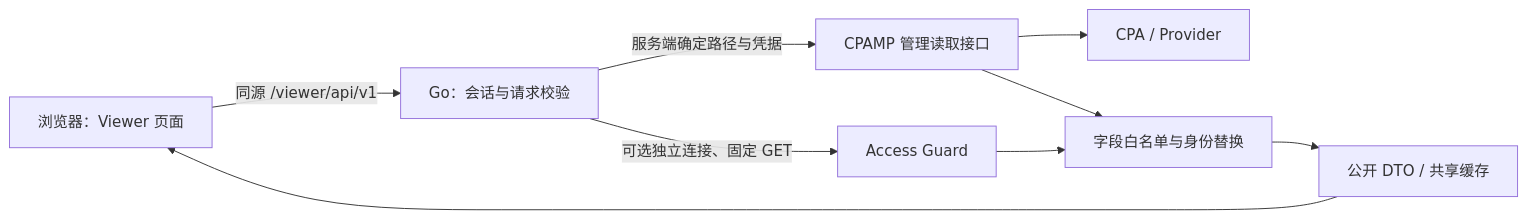
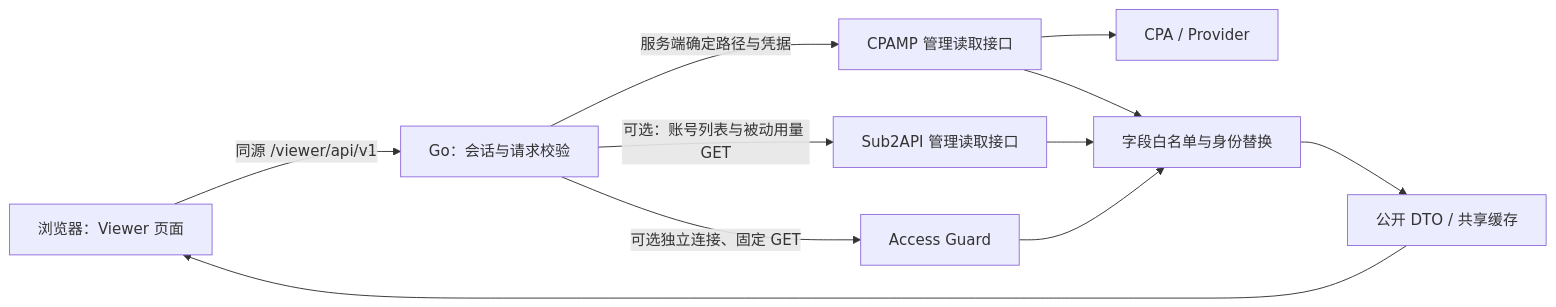
One commit to HuaGCS/cpamp-viewer changed the diagram in docs/ARCHITECTURE.md. Above: the diagram before and after it, drawn with Mermaid. The commit also changed other lines of this file and 17 other files, not shown here.

Commit message:
feat: add Sub2API account quota source

````diff
--- a/docs/ARCHITECTURE.md
+++ b/docs/ARCHITECTURE.md
@@ -46,11 +47,13 @@
 ```mermaid
 flowchart LR
     Browser[浏览器：Viewer 页面] -->|同源 /viewer/api/v1| API[Go：会话与请求校验]
     API -->|服务端确定路径与凭据| CPAMP[CPAMP 管理读取接口]
+    API -->|可选：账号列表与被动用量 GET| Sub2API[Sub2API 管理读取接口]
     CPAMP --> CPA[CPA / Provider]
     CPAMP --> Projection[字段白名单与身份替换]
+    Sub2API --> Projection
     Projection --> Cache[公开 DTO / 共享缓存]
     Cache --> Browser
     API -->|可选独立连接、固定 GET| Guard[Access Guard]
     Guard --> Projection
 ```
````
